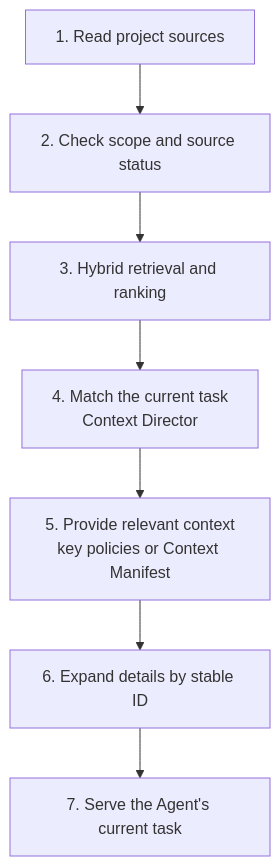
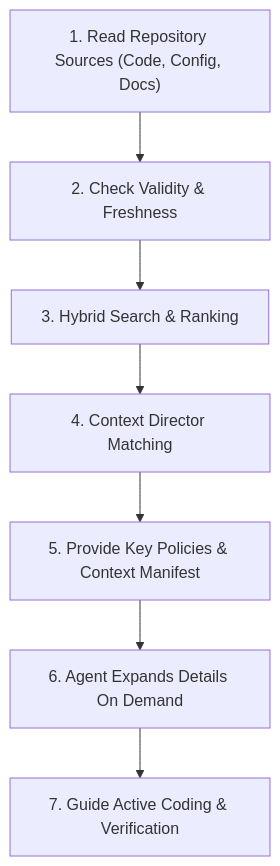
One commit to rpamis/comet-website-docs changed the diagram in en/plugins/project-rules.mdx. Above: the diagram before and after it, drawn with Mermaid. The commit also changed other lines of this file and 7 other files, not shown here.

````diff
--- a/en/plugins/project-rules.mdx
+++ b/en/plugins/project-rules.mdx
@@ -200,9 +89,9 @@
 ```mermaid
 flowchart TD
-  S["1. Read project sources"] --> F["2. Check scope and source status"]
-  F --> R["3. Hybrid retrieval and ranking"]
-  R --> C["4. Match the current task<br/>Context Director"]
-  C --> K["5. Provide relevant context<br/>key policies or Context Manifest"]
-  K --> E["6. Expand details by stable ID"]
-  E --> A["7. Serve the Agent's current task"]
+  S["1. Read Repository Sources (Code, Config, Docs)"] --> F["2. Check Validity & Freshness"]
+  F --> R["3. Hybrid Search & Ranking"]
+  R --> C["4. Context Director Matching"]
+  C --> K["5. Provide Key Policies & Context Manifest"]
+  K --> E["6. Agent Expands Details On Demand"]
+  E --> A["7. Guide Active Coding & Verification"]
 ```
````
